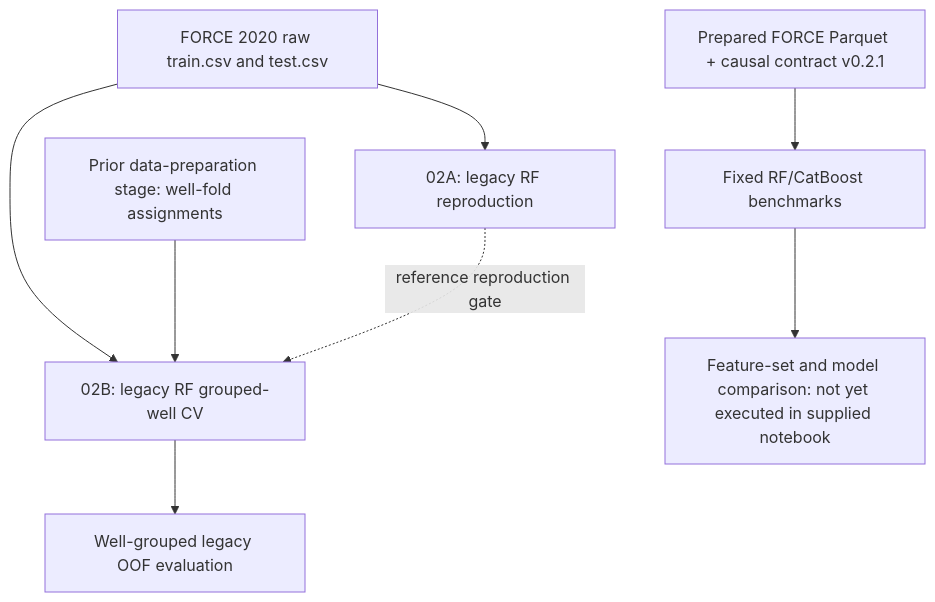
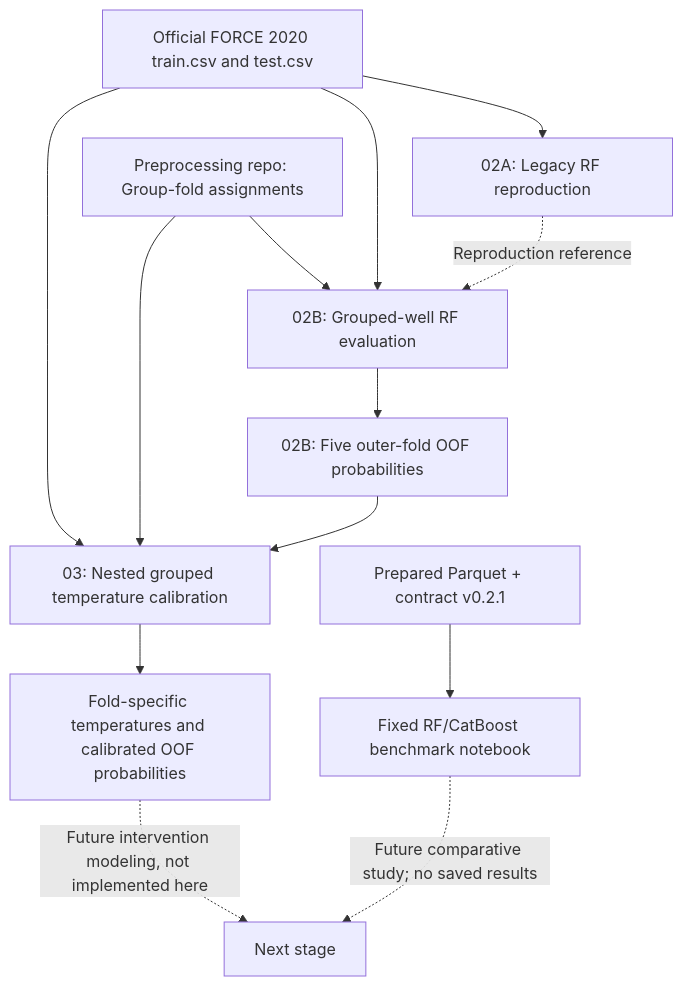
Before and after one commit to Mohaddesemoghaddam/FORCE2020-Lithology-Benchmarks-and-Calibration: the diagram in README.md, drawn with Mermaid. The commit also changed other lines of this file and 3 other files, not shown here.

Commit message:
Add nested grouped temperature calibration and update documentation

````diff
--- a/README.md
+++ b/README.md
@@ -29,10 +31,15 @@
 ```mermaid
 flowchart TD
-    A[FORCE 2020 raw train.csv and test.csv] --> B[02A: legacy RF reproduction]
-    A --> C[02B: legacy RF grouped-well CV]
-    D[Prior data-preparation stage: well-fold assignments] --> C
-    E[Prepared FORCE Parquet + causal contract v0.2.1] --> F[Fixed RF/CatBoost benchmarks]
-    B -. reference reproduction gate .-> C
-    C --> G[Well-grouped legacy OOF evaluation]
-    F --> H[Feature-set and model comparison: not yet executed in supplied notebook]
+    A[Official FORCE 2020 train.csv and test.csv] --> B[02A: Legacy RF reproduction]
+    A --> C[02B: Grouped-well RF evaluation]
+    D[Preprocessing repo: Group-fold assignments] --> C
+    C --> E[02B: Five outer-fold OOF probabilities]
+    E --> F[03: Nested grouped temperature calibration]
+    A --> F
+    D --> F
+    F --> G[Fold-specific temperatures and calibrated OOF probabilities]
+    H[Prepared Parquet + contract v0.2.1] --> I[Fixed RF/CatBoost benchmark notebook]
+    B -. Reproduction reference .-> C
+    G -. Future intervention modeling, not implemented here .-> J[Next stage]
+    I -. Future comparative study; no saved results .-> J
 ```
````
